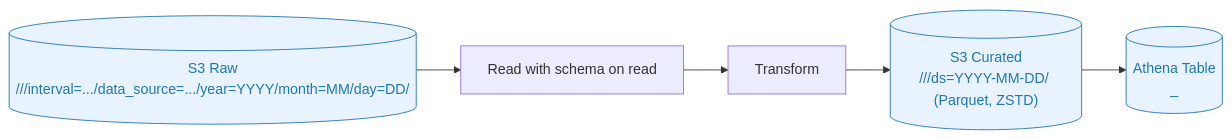
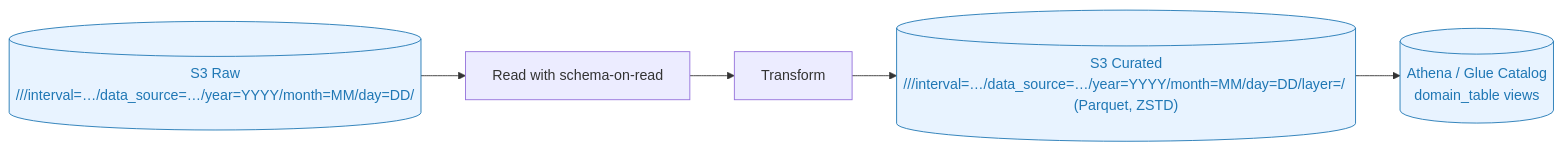
The first of 2 diagrams in docs/diagrams/transform/07-io-and-schema.md (keemgdeok/fin-forge-pipeline), drawn with Mermaid before and after one commit. The commit also changed other lines of this file and 35 other files, not shown here.

Commit message:
docs: refresh diagrams

````diff
--- a/docs/diagrams/transform/07-io-and-schema.md
+++ b/docs/diagrams/transform/07-io-and-schema.md
@@ -3,10 +3,10 @@
 ```mermaid
 flowchart LR
-  RAW[("S3 Raw<br/>/<domain>/<table>/interval=.../data_source=.../year=YYYY/month=MM/day=DD/")] --> READ["Read with schema on read"]
+  RAW[("S3 Raw<br/>/<domain>/<table>/interval=…/data_source=…/year=YYYY/month=MM/day=DD/")] --> READ["Read with schema-on-read"]
   READ --> XFORM["Transform"]
-  XFORM --> CUR[("S3 Curated<br/>/<domain>/<table>/ds=YYYY-MM-DD/ (Parquet, ZSTD)")]
-  CUR --> ATH[("Athena Table<br/><domain>_<table>")]
+  XFORM --> CUR[("S3 Curated<br/>/<domain>/<table>/interval=…/data_source=…/year=YYYY/month=MM/day=DD/layer=<name>/ (Parquet, ZSTD)")]
+  CUR --> ATH[("Athena / Glue Catalog<br/>domain_table views")]
 
   classDef store fill:#e8f3ff,stroke:#1f77b4,color:#1f77b4;
   class RAW,CUR,ATH store;
 ```
````
